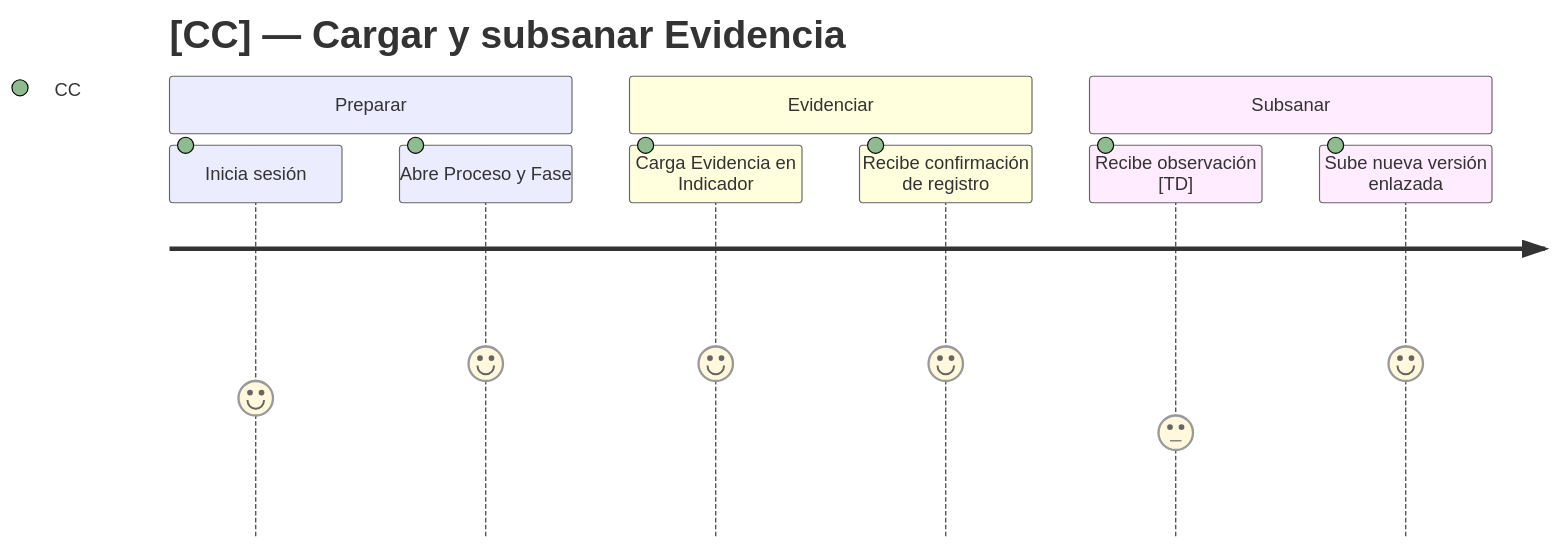
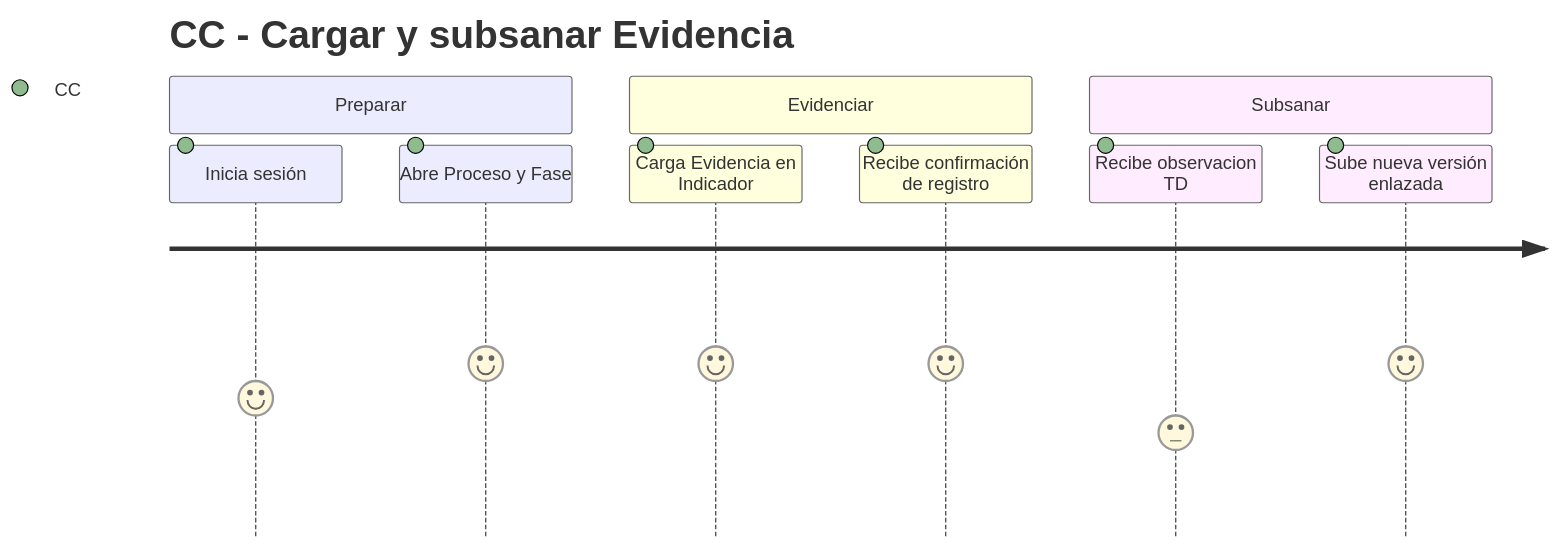
Before and after one commit to AcredIA-UMSS/sigesa-docs: the first of 3 diagrams in docs/03_prd/PRD.md, drawn with Mermaid. The commit also changed other lines of this file and 11 other files, not shown here.

Commit message:
fix diagrams

````diff
--- a/docs/03_prd/PRD.md
+++ b/docs/03_prd/PRD.md
@@ -137,13 +137,13 @@
 ```mermaid
 journey
-  title [CC] — Cargar y subsanar Evidencia
+  title CC - Cargar y subsanar Evidencia
   section Preparar
     Inicia sesión: 4: CC
     Abre Proceso y Fase: 5: CC
   section Evidenciar
     Carga Evidencia en Indicador: 5: CC
     Recibe confirmación de registro: 5: CC
   section Subsanar
-    Recibe observación [TD]: 3: CC
+    Recibe observacion TD: 3: CC
     Sube nueva versión enlazada: 5: CC
 ```
````
